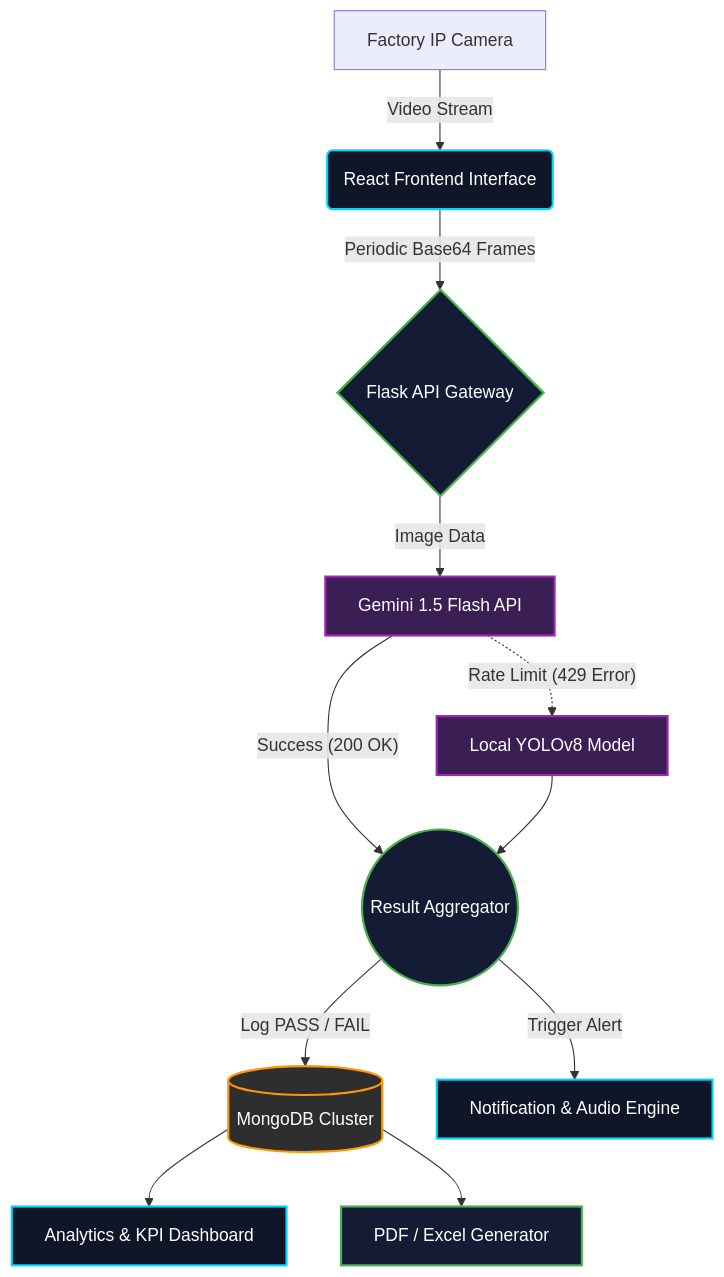
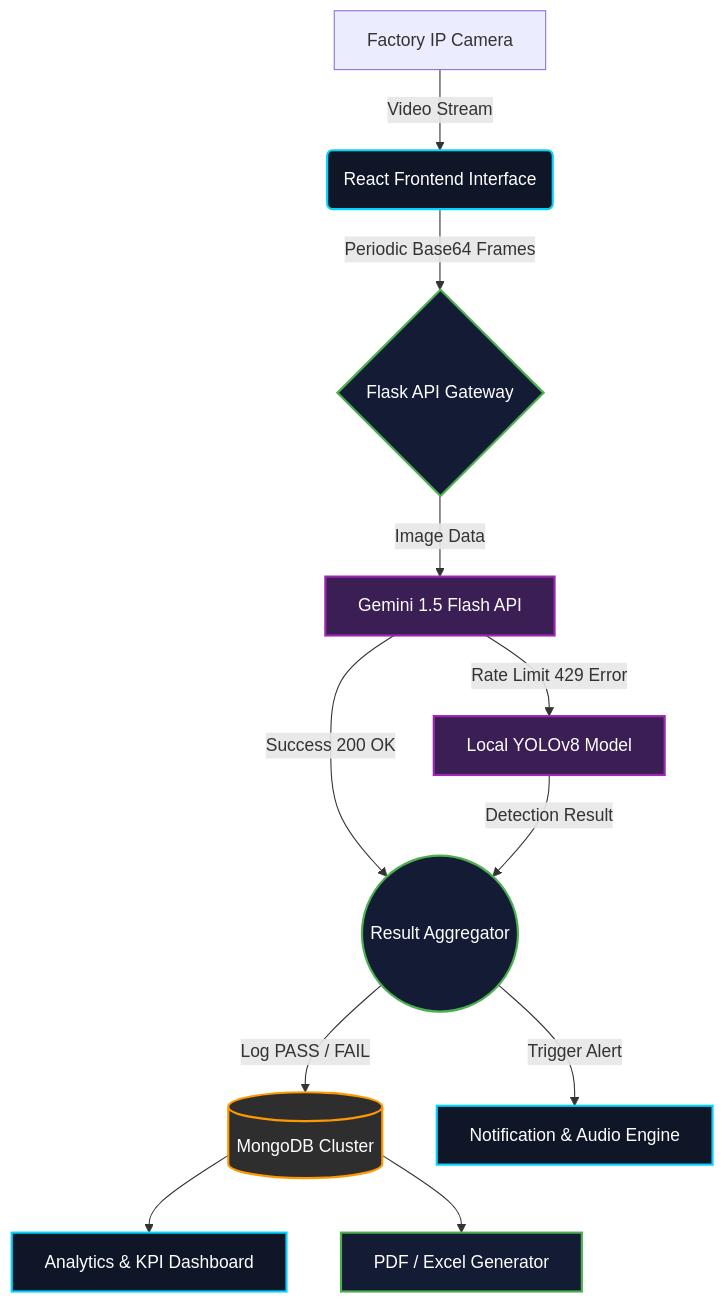
Before and after one commit to Nitya-Patle/QUALITRON-AI: the diagram in README.md, drawn with Mermaid. The commit also changed other lines of this file, not shown here.

Commit message:
fix: resolve broken image logo and fix mermaid flowchart rendering bug

````diff
--- a/README.md
+++ b/README.md
@@ -67,22 +66,22 @@
 ```mermaid
 graph TD
     %% Define styles
     classDef frontend fill:#0f1628,stroke:#00D4FF,stroke-width:2px,color:#fff;
     classDef backend fill:#141c35,stroke:#4CAF50,stroke-width:2px,color:#fff;
     classDef database fill:#2E2E2E,stroke:#FF9800,stroke-width:2px,color:#fff;
     classDef ai fill:#3b1e54,stroke:#9C27B0,stroke-width:2px,color:#fff;
 
     A[Factory IP Camera] -->|Video Stream| B(React Frontend Interface):::frontend
     B -->|Periodic Base64 Frames| C{Flask API Gateway}:::backend
     
     C -->|Image Data| D[Gemini 1.5 Flash API]:::ai
-    D -- "Success (200 OK)" --> F((Result Aggregator)):::backend
-    D -. "Rate Limit (429 Error)" .-> E[Local YOLOv8 Model]:::ai
-    E --> F
+    D -->|Success 200 OK| F((Result Aggregator)):::backend
+    D -->|Rate Limit 429 Error| E[Local YOLOv8 Model]:::ai
+    E -->|Detection Result| F
     
     F -->|Log PASS / FAIL| G[(MongoDB Cluster)]:::database
     F -->|Trigger Alert| H[Notification & Audio Engine]:::frontend
     
     G --> I[Analytics & KPI Dashboard]:::frontend
     G --> J[PDF / Excel Generator]:::backend
 ```
````
